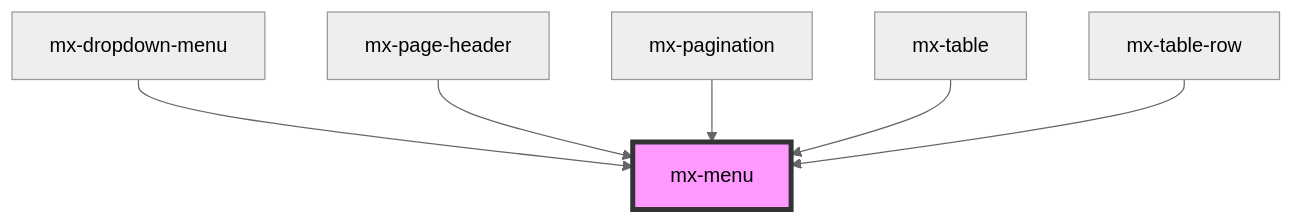
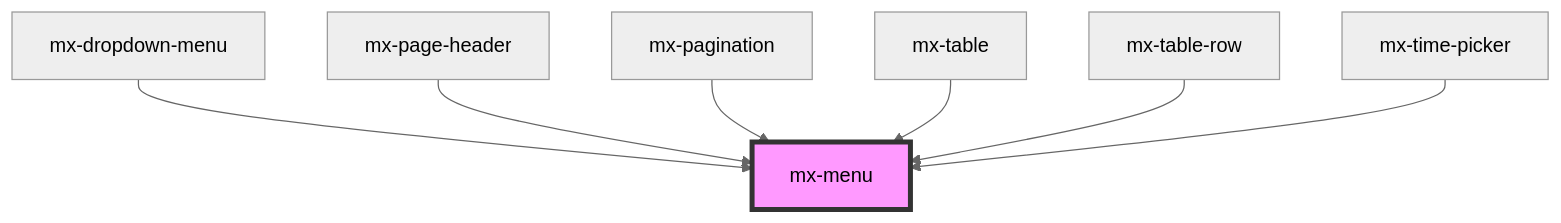
The diagram in src/components/mx-menu/readme.md (kevinleedrum/mds), drawn with Mermaid (neutral theme) before and after one commit. The commit also changed other lines of this file and 321 other files, not shown here.

````diff
--- a/src/components/mx-menu/readme.md
+++ b/src/components/mx-menu/readme.md
@@ -59,9 +62,10 @@
 ```mermaid
 graph TD;
   mx-dropdown-menu --> mx-menu
   mx-page-header --> mx-menu
   mx-pagination --> mx-menu
   mx-table --> mx-menu
   mx-table-row --> mx-menu
+  mx-time-picker --> mx-menu
   style mx-menu fill:#f9f,stroke:#333,stroke-width:4px
 ```
````
